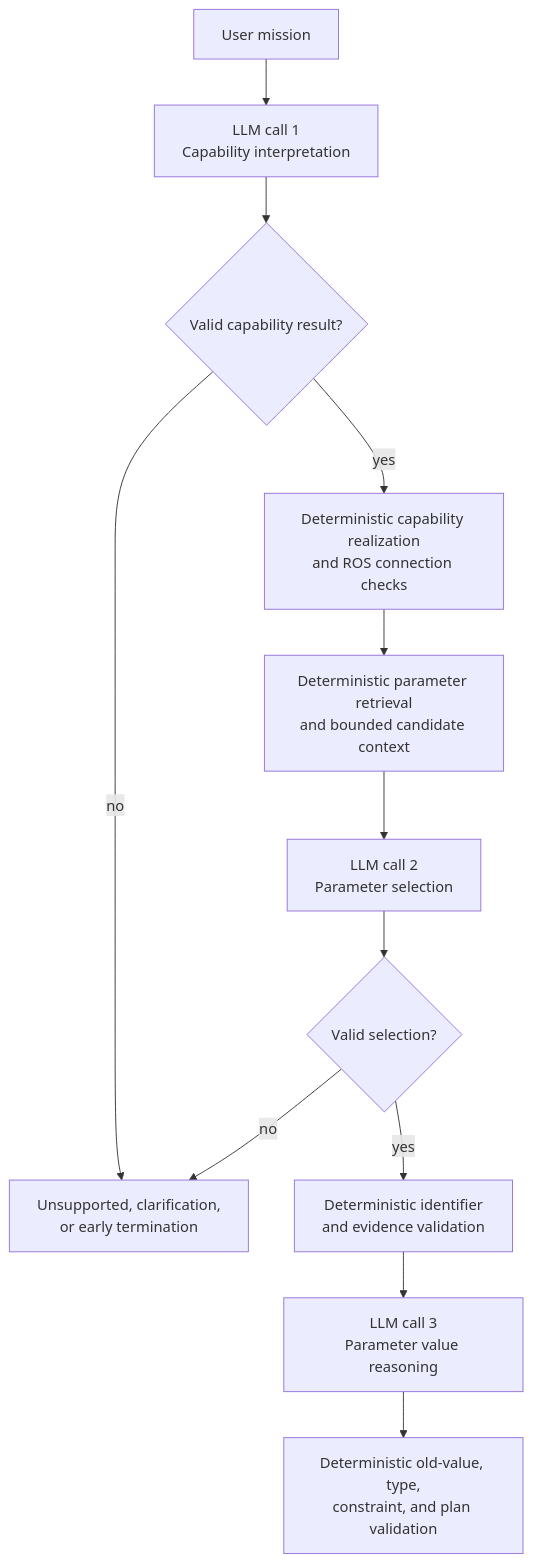
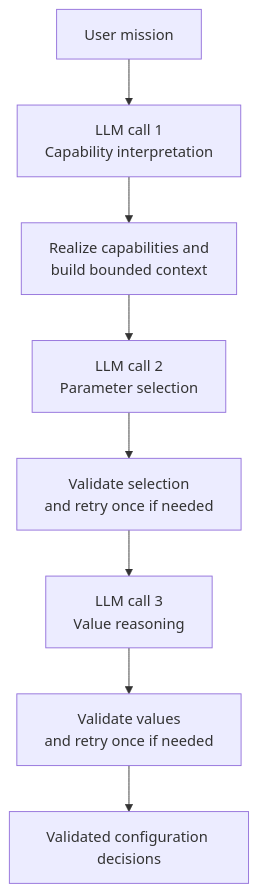
Before and after one commit to AlfredPietraru/dizertatie: the third of 6 diagrams in zresearch_report/sections/proposed_solution_diagrams.md, drawn with Mermaid. The commit also changed other lines of this file and 13 other files, not shown here.

````diff
--- a/zresearch_report/sections/proposed_solution_diagrams.md
+++ b/zresearch_report/sections/proposed_solution_diagrams.md
@@ -68,14 +33,10 @@
 ```mermaid
 flowchart TD
     M[User mission] --> C1[LLM call 1<br/>Capability interpretation]
-    C1 --> V1{Valid capability result?}
-    V1 -- no --> STOP[Unsupported, clarification,<br/>or early termination]
-    V1 -- yes --> R1[Deterministic capability realization<br/>and ROS connection checks]
-    R1 --> RET[Deterministic parameter retrieval<br/>and bounded candidate context]
-    RET --> C2[LLM call 2<br/>Parameter selection]
-    C2 --> V2{Valid selection?}
-    V2 -- no --> STOP
-    V2 -- yes --> SVAL[Deterministic identifier<br/>and evidence validation]
-    SVAL --> C3[LLM call 3<br/>Parameter value reasoning]
-    C3 --> V3[Deterministic old-value, type,<br/>constraint, and plan validation]
+    C1 --> D1[Realize capabilities and<br/>build bounded context]
+    D1 --> C2[LLM call 2<br/>Parameter selection]
+    C2 --> D2[Validate selection<br/>and retry once if needed]
+    D2 --> C3[LLM call 3<br/>Value reasoning]
+    C3 --> D3[Validate values<br/>and retry once if needed]
+    D3 --> OUT[Validated configuration decisions]
 ```
````
